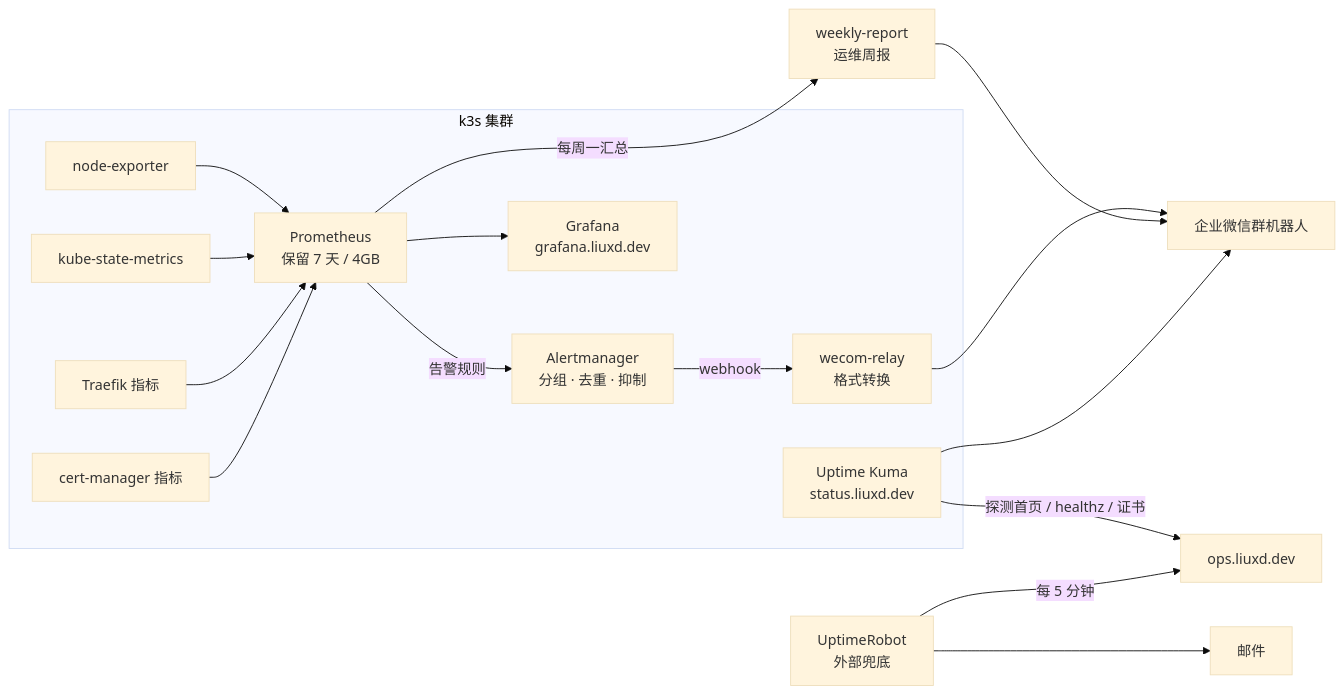
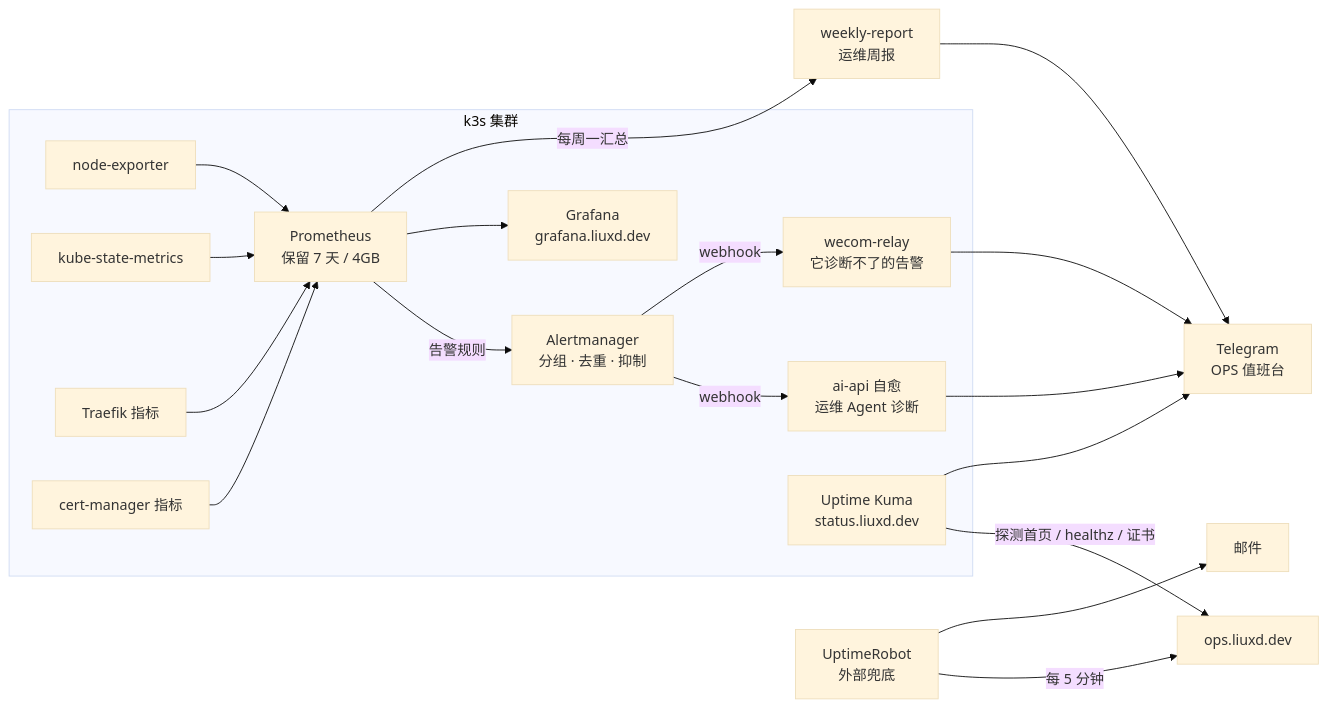
Before and after one commit to roccowork/ai-portfolio: the second of 2 diagrams in docs/architecture.md, drawn with Mermaid (base theme). The commit also changed other lines of this file and 7 other files, not shown here.

````diff
--- a/docs/architecture.md
+++ b/docs/architecture.md
@@ -93,20 +84,22 @@
 ```mermaid
 flowchart LR
   subgraph k3s[k3s 集群]
     ne[node-exporter] --> prom[Prometheus<br/>保留 7 天 / 4GB]
     ksm[kube-state-metrics] --> prom
     tr[Traefik 指标] --> prom
     cm[cert-manager 指标] --> prom
     prom -- 告警规则 --> am[Alertmanager<br/>分组 · 去重 · 抑制]
-    am -- webhook --> relay[wecom-relay<br/>格式转换]
+    am -- webhook --> heal[ai-api 自愈<br/>运维 Agent 诊断]
+    am -- webhook --> relay[wecom-relay<br/>它诊断不了的告警]
     prom --> graf[Grafana<br/>grafana.liuxd.dev]
     kuma[Uptime Kuma<br/>status.liuxd.dev]
   end
   prom -- 每周一汇总 --> weekly[weekly-report<br/>运维周报]
-  relay --> wx[企业微信群机器人]
-  weekly --> wx
+  heal --> tg[Telegram<br/>OPS 值班台]
+  relay --> tg
+  weekly --> tg
   kuma -- 探测首页 / healthz / 证书 --> site[ops.liuxd.dev]
-  kuma --> wx
+  kuma --> tg
   ur[UptimeRobot<br/>外部兜底] -- 每 5 分钟 --> site
   ur --> mail[邮件]
 ```
````
